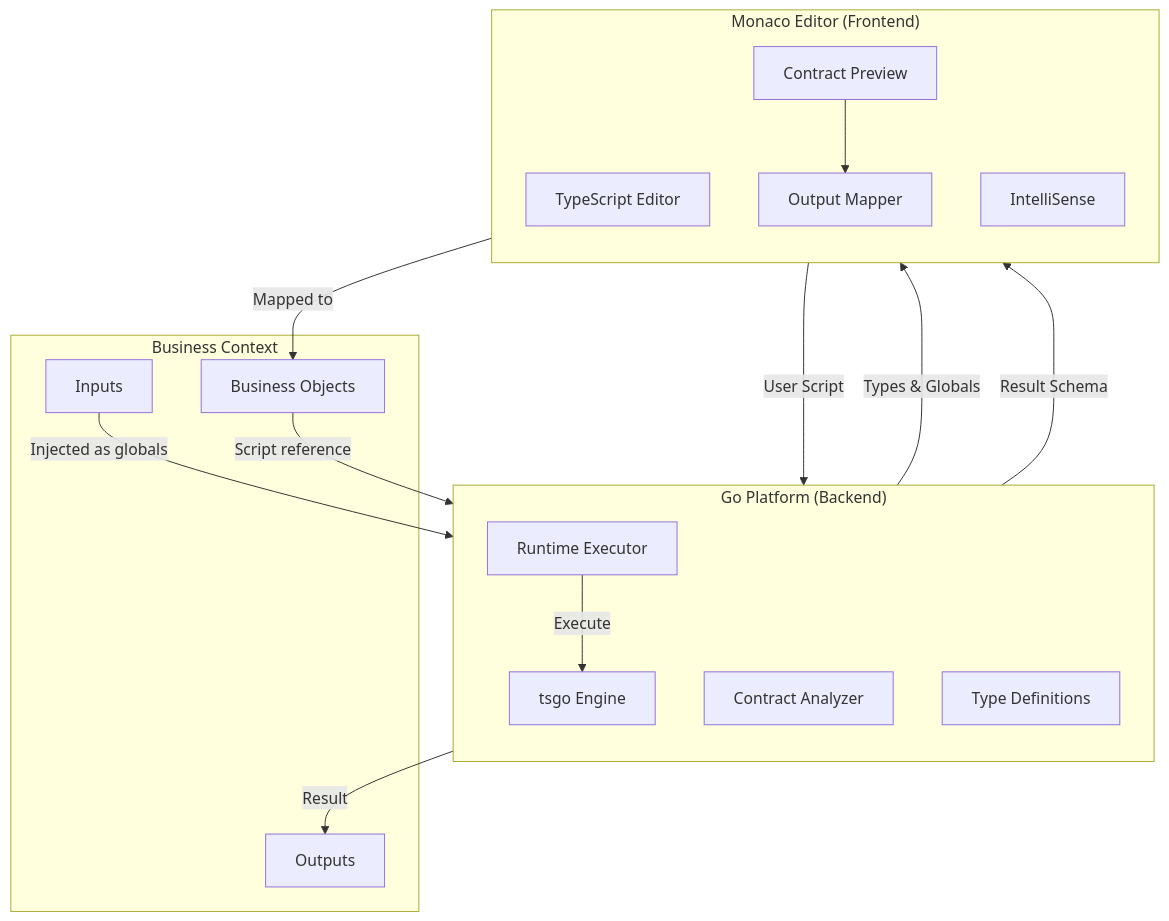
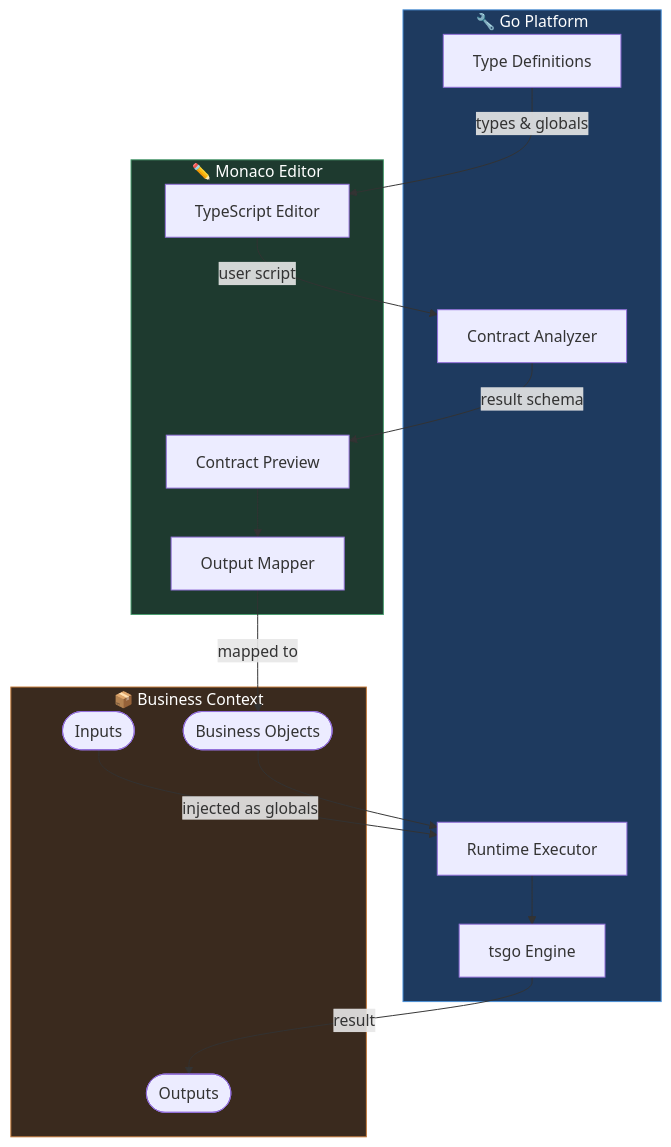
Before and after one commit to koltyakov/tsgo: the first of 2 diagrams in README.md, drawn with Mermaid. The commit also changed other lines of this file and 2 other files, not shown here.

````diff
--- a/README.md
+++ b/README.md
@@ -11,35 +11,36 @@
 ```mermaid
 flowchart TB
-    subgraph Platform ["Go Platform (Backend)"]
-        direction TB
+    subgraph Platform ["🔧 Go Platform"]
+        TypeDefs["Type Definitions"]
+        Contracts["Contract Analyzer"]
+        Runtime["Runtime Executor"]
         Engine["tsgo Engine"]
-        Contracts["Contract Analyzer"]
-        TypeDefs["Type Definitions"]
-        Runtime["Runtime Executor"]
     end
 
-    subgraph Editor ["Monaco Editor (Frontend)"]
-        direction TB
+    subgraph Editor ["✏️ Monaco Editor"]
         Monaco["TypeScript Editor"]
-        Intellisense["IntelliSense"]
         ContractView["Contract Preview"]
         Mapper["Output Mapper"]
     end
 
-    subgraph Business ["Business Context"]
-        Inputs["Inputs"]
-        Outputs["Outputs"]
-        Objects["Business Objects"]
+    subgraph Business ["📦 Business Context"]
+        Inputs(["Inputs"])
+        Objects(["Business Objects"])
+        Outputs(["Outputs"])
     end
 
-    TypeDefs -->|"Types & Globals"| Monaco
-    Monaco -->|"User Script"| Contracts
-    Contracts -->|"Result Schema"| ContractView
+    TypeDefs -->|"types & globals"| Monaco
+    Monaco -->|"user script"| Contracts
+    Contracts -->|"result schema"| ContractView
     ContractView --> Mapper
-    Mapper -->|"Mapped to"| Objects
+    Mapper -->|"mapped to"| Objects
 
-    Inputs -->|"Injected as globals"| Runtime
-    Objects -->|"Script reference"| Runtime
-    Runtime -->|"Execute"| Engine
-    Engine -->|"Result"| Outputs
+    Inputs -->|"injected as globals"| Runtime
+    Objects --> Runtime
+    Runtime --> Engine
+    Engine -->|"result"| Outputs
+
+    style Platform fill:#1e3a5f,stroke:#4a90d9,color:#fff
+    style Editor  fill:#1e3a2f,stroke:#4a9d6f,color:#fff
+    style Business fill:#3a2a1e,stroke:#c47a3a,color:#fff
 ```
````
